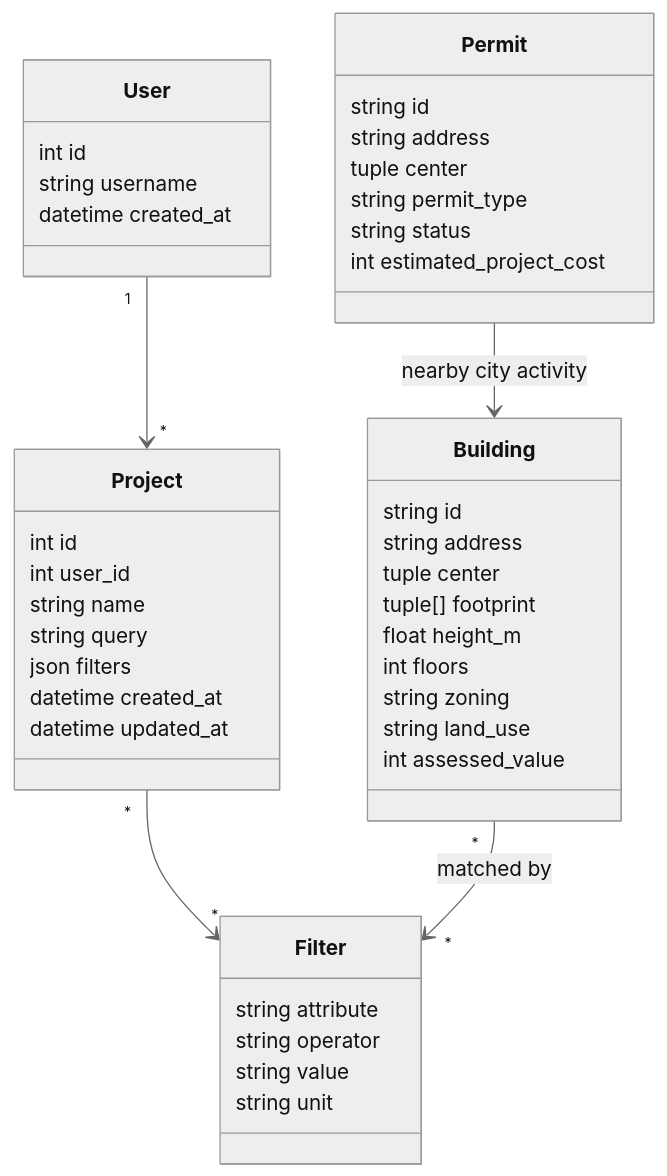
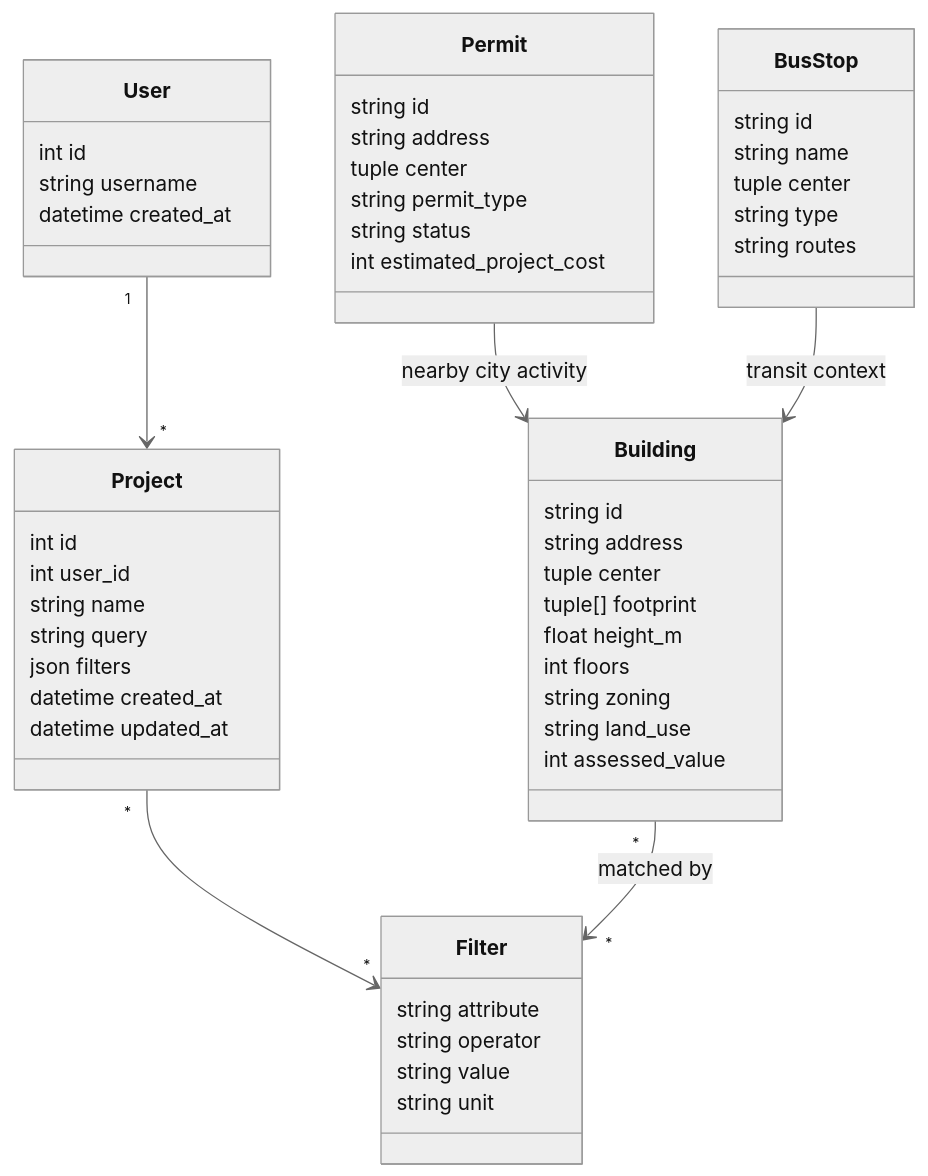
The first of 4 diagrams in docs/uml.md (shayanshaikh199/UrbanLens-YYC), drawn with Mermaid (neutral theme) before and after one commit. The commit also changed other lines of this file and 17 other files, not shown here.

````diff
--- a/docs/uml.md
+++ b/docs/uml.md
@@ -5,51 +5,60 @@
 ```mermaid
 classDiagram
   class User {
     int id
     string username
     datetime created_at
   }
 
   class Project {
     int id
     int user_id
     string name
     string query
     json filters
     datetime created_at
     datetime updated_at
   }
 
   class Building {
     string id
     string address
     tuple center
     tuple[] footprint
     float height_m
     int floors
     string zoning
     string land_use
     int assessed_value
   }
 
   class Permit {
     string id
     string address
     tuple center
     string permit_type
     string status
     int estimated_project_cost
   }
 
+  class BusStop {
+    string id
+    string name
+    tuple center
+    string type
+    string routes
+  }
+
   class Filter {
     string attribute
     string operator
     string value
     string unit
   }
 
   User "1" --> "*" Project
   Project "*" --> "*" Filter
   Building "*" --> "*" Filter : matched by
   Permit --> Building : nearby city activity
+  BusStop --> Building : transit context
 ```
````
